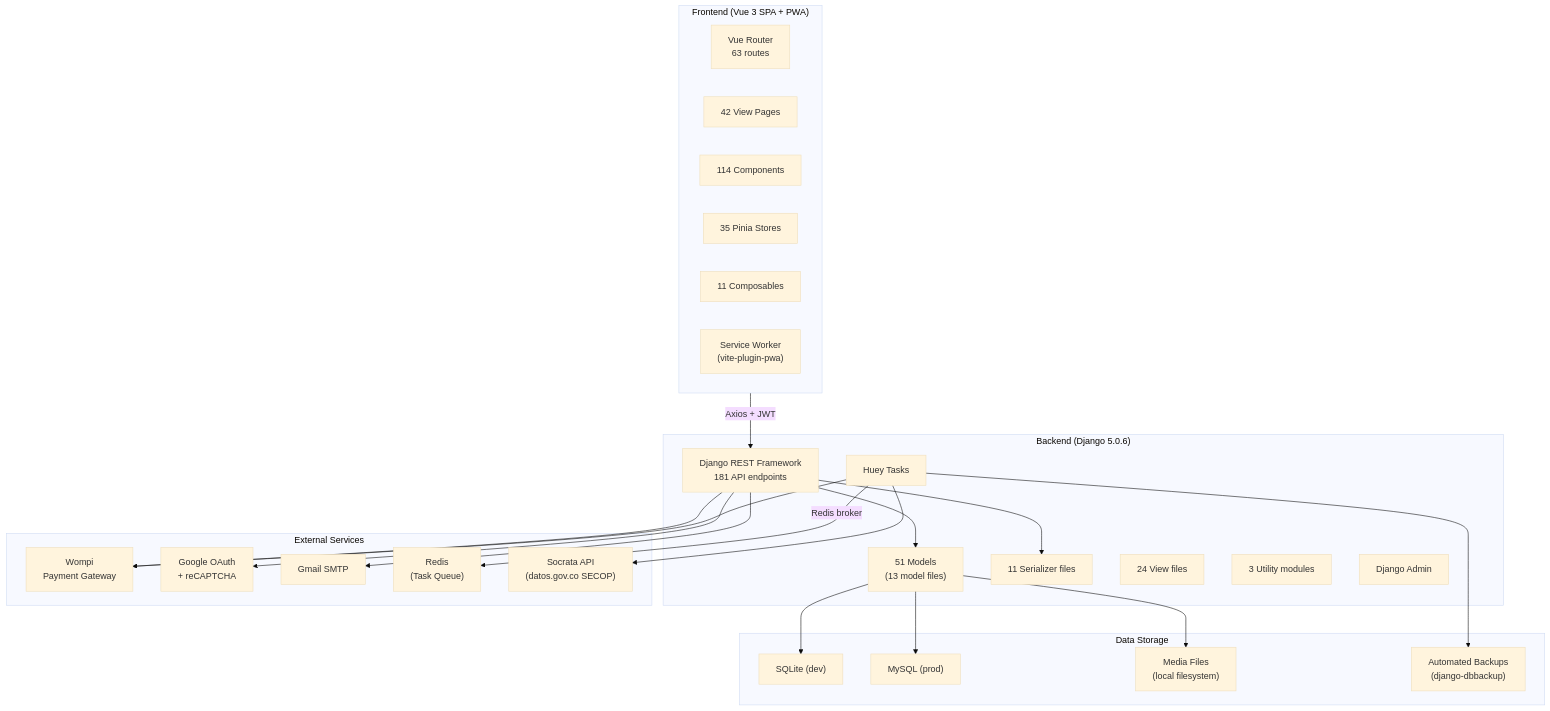
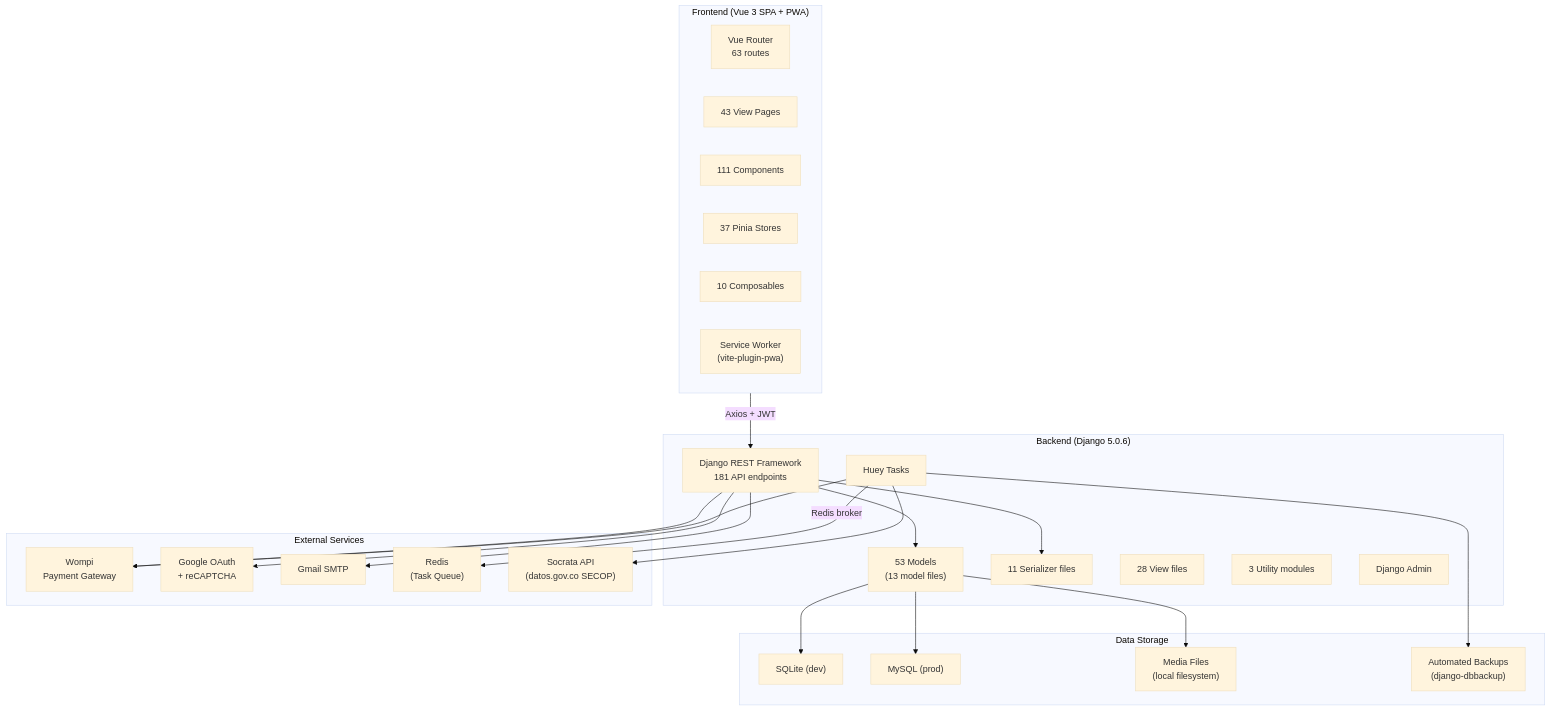
Before and after one commit to carlos18bp/gym_project: the first of 8 diagrams in docs/methodology/architecture.md, drawn with Mermaid (base theme). The commit also changed other lines of this file and 25 other files, not shown here.

````diff
--- a/docs/methodology/architecture.md
+++ b/docs/methodology/architecture.md
@@ -5,50 +5,50 @@
 ```mermaid
 flowchart TB
     subgraph Client["Frontend (Vue 3 SPA + PWA)"]
         Router["Vue Router\n63 routes"]
-        Views["42 View Pages"]
-        Components["114 Components"]
-        Stores["35 Pinia Stores"]
-        Composables["11 Composables"]
+        Views["43 View Pages"]
+        Components["111 Components"]
+        Stores["37 Pinia Stores"]
+        Composables["10 Composables"]
         SW["Service Worker\n(vite-plugin-pwa)"]
     end
 
     subgraph Server["Backend (Django 5.0.6)"]
         DRF["Django REST Framework\n181 API endpoints"]
-        Models["51 Models\n(13 model files)"]
+        Models["53 Models\n(13 model files)"]
         Serializers["11 Serializer files"]
-        Views_BE["24 View files"]
+        Views_BE["28 View files"]
         Utils["3 Utility modules"]
         Tasks["Huey Tasks"]
         Admin["Django Admin"]
     end
 
     subgraph External["External Services"]
         Wompi["Wompi\nPayment Gateway"]
         Google["Google OAuth\n+ reCAPTCHA"]
         SMTP["Gmail SMTP"]
         Redis["Redis\n(Task Queue)"]
         Socrata["Socrata API\n(datos.gov.co SECOP)"]
     end
 
     subgraph Storage["Data Storage"]
         DB_Dev["SQLite (dev)"]
         DB_Prod["MySQL (prod)"]
         Media["Media Files\n(local filesystem)"]
         Backups["Automated Backups\n(django-dbbackup)"]
     end
 
     Client -->|"Axios + JWT"| DRF
     DRF --> Models
     DRF --> Serializers
     Models --> DB_Dev
     Models --> DB_Prod
     Models --> Media
     Tasks -->|"Redis broker"| Redis
     Tasks --> Wompi
     Tasks --> Backups
     DRF --> SMTP
     DRF --> Google
     DRF --> Wompi
     Tasks --> Socrata
 ```
````
